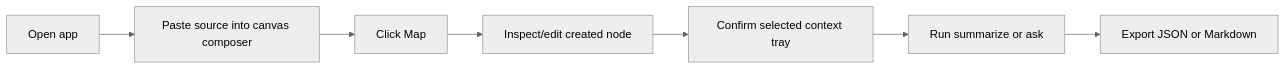
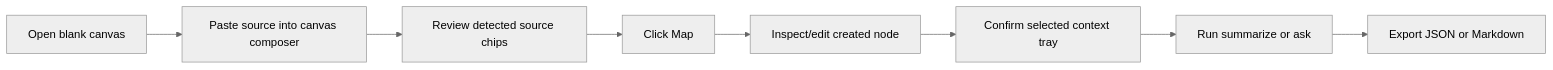
The first of 2 diagrams in docs/user-flows.md (frankxai/starlight-agent-canvas), drawn with Mermaid (neutral theme) before and after one commit. The commit also changed other lines of this file and 11 other files, not shown here.

````diff
--- a/docs/user-flows.md
+++ b/docs/user-flows.md
@@ -5,9 +5,10 @@
 ```mermaid
 flowchart LR
-  open["Open app"] --> paste["Paste source into canvas composer"]
-  paste --> map["Click Map"]
+  open["Open blank canvas"] --> paste["Paste source into canvas composer"]
+  paste --> preview["Review detected source chips"]
+  preview --> map["Click Map"]
   map --> inspect["Inspect/edit created node"]
   inspect --> scope["Confirm selected context tray"]
   scope --> action["Run summarize or ask"]
   action --> export["Export JSON or Markdown"]
 ```
````
